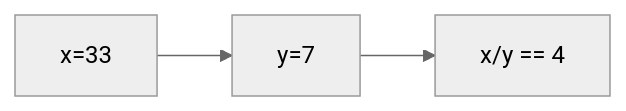
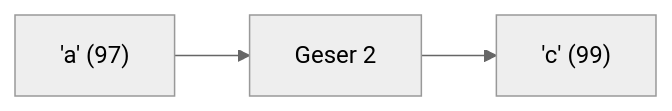
One commit to amnahwaida/OSNK_INF_PREP changed diagram 16 of 25 in part-c-pemahaman-cpp/01-tipe-data/latihan/set-04.md. Above: the diagram before and after it, drawn with Mermaid (neutral theme). The commit also changed other lines of this file and 71 other files, not shown here.

````diff
--- a/part-c-pemahaman-cpp/01-tipe-data/latihan/set-04.md
+++ b/part-c-pemahaman-cpp/01-tipe-data/latihan/set-04.md
@@ -427,5 +449,5 @@
 ```mermaid
 graph LR
-A["x=33"] --> B["y=7"]
-B --> C["x/y == 4"]
+A["'a' (97)"] --> B["Geser 2"]
+B --> C["'c' (99)"]
 ```
````
